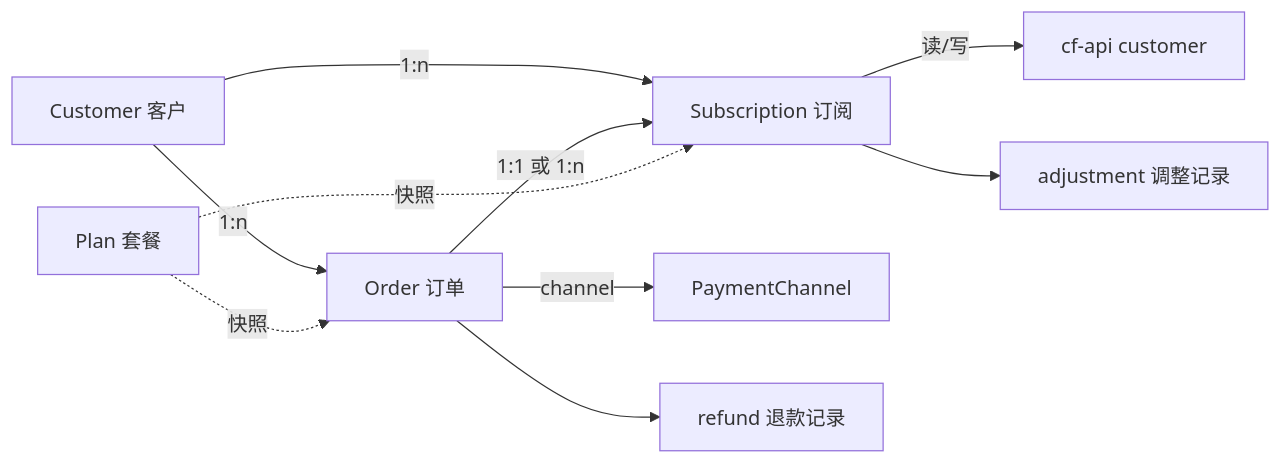
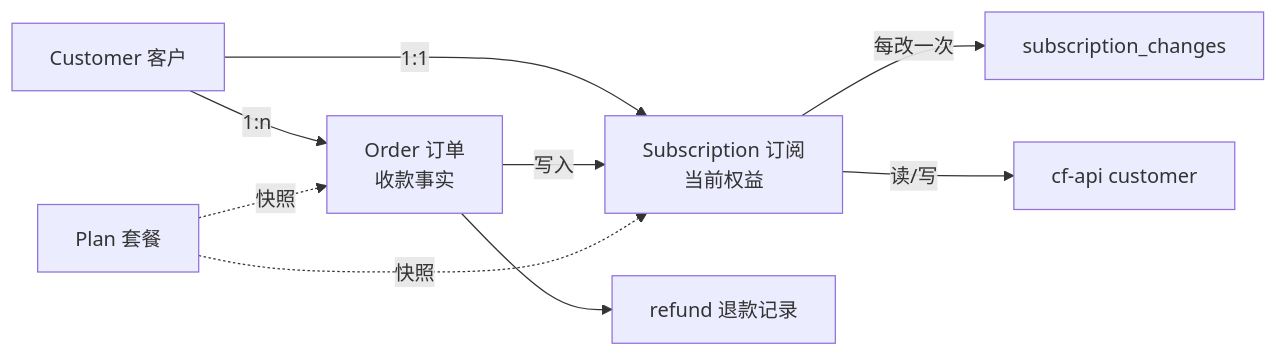
Before and after one commit to clever-vpn/clever-vpn-crm: the first of 2 diagrams in docs/domain.md, drawn with Mermaid. The commit also changed other lines of this file and 2 other files, not shown here.

````diff
--- a/docs/domain.md
+++ b/docs/domain.md
@@ -40,12 +94,11 @@
 ```mermaid
 flowchart LR
-  C[Customer 客户] -->|1:n| O[Order 订单]
-  C -->|1:n| S[Subscription 订阅]
-  O -->|1:1 或 1:n| S
+  C[Customer 客户] -->|1:1| S[Subscription 订阅<br/>当前权益]
+  C -->|1:n| O[Order 订单<br/>收款事实]
+  O -->|写入| S
+  S -->|每改一次| CH[subscription_changes]
+  O --> RF[refund 退款记录]
+  S -->|读/写| A[cf-api customer]
   P[Plan 套餐] -.快照.-> O
   P -.快照.-> S
-  S -->|读/写| A[cf-api customer]
-  O -->|channel| PG[PaymentChannel]
-  S --> AC[adjustment 调整记录]
-  O --> RF[refund 退款记录]
 ```
````
